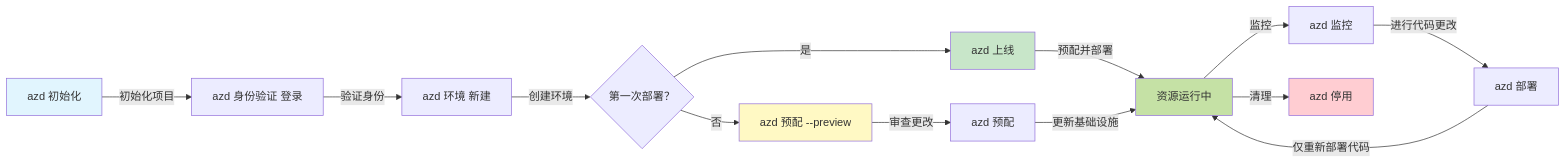
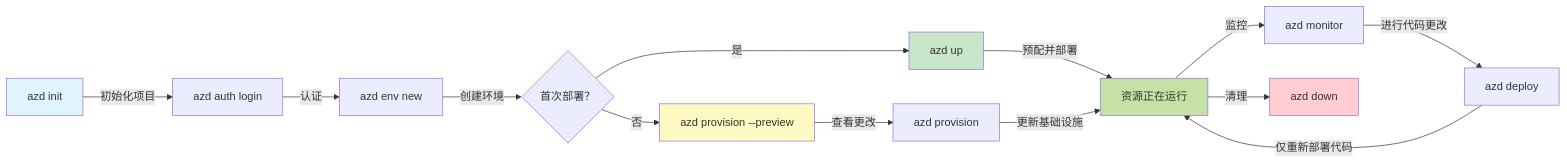
One commit to microsoft/AZD-for-beginners changed the first of 2 diagrams in translations/zh-CN/docs/chapter-01-foundation/azd-basics.md. Above: the diagram before and after it, drawn with Mermaid. The commit also changed other lines of this file and 101 other files, not shown here.

````diff
--- a/translations/zh-CN/docs/chapter-01-foundation/azd-basics.md
+++ b/translations/zh-CN/docs/chapter-01-foundation/azd-basics.md
@@ -269,21 +269,21 @@
 ```mermaid
 graph LR
-    A[azd 初始化] -->|初始化项目| B[azd 身份验证 登录]
-    B -->|验证身份| C[azd 环境 新建]
-    C -->|创建环境| D{第一次部署？}
-    D -->|是| E[azd 上线]
-    D -->|否| F[azd 预配 --preview]
-    F -->|审查更改| G[azd 预配]
-    E -->|预配并部署| H[资源运行中]
+    A[azd init] -->|初始化项目| B[azd auth login]
+    B -->|认证| C[azd env new]
+    C -->|创建环境| D{首次部署？}
+    D -->|是| E[azd up]
+    D -->|否| F[azd provision --preview]
+    F -->|查看更改| G[azd provision]
+    E -->|预配并部署| H[资源正在运行]
     G -->|更新基础设施| H
-    H -->|监控| I[azd 监控]
-    I -->|进行代码更改| J[azd 部署]
+    H -->|监控| I[azd monitor]
+    I -->|进行代码更改| J[azd deploy]
     J -->|仅重新部署代码| H
-    H -->|清理| K[azd 停用]
+    H -->|清理| K[azd down]
     
     style A fill:#e1f5fe
     style E fill:#c8e6c9
     style F fill:#fff9c4
     style H fill:#c5e1a5
     style K fill:#ffcdd2
 ```
````
